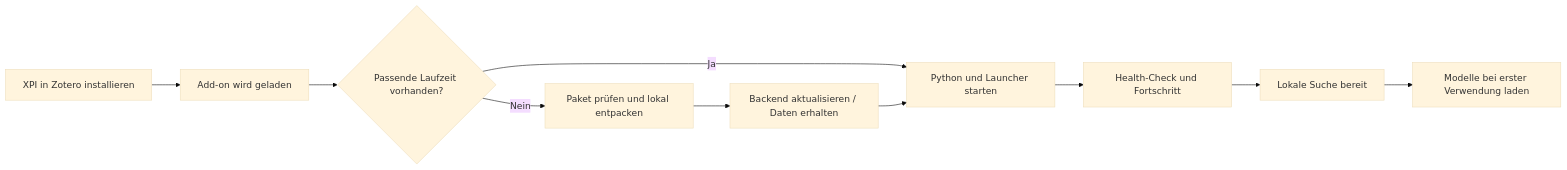
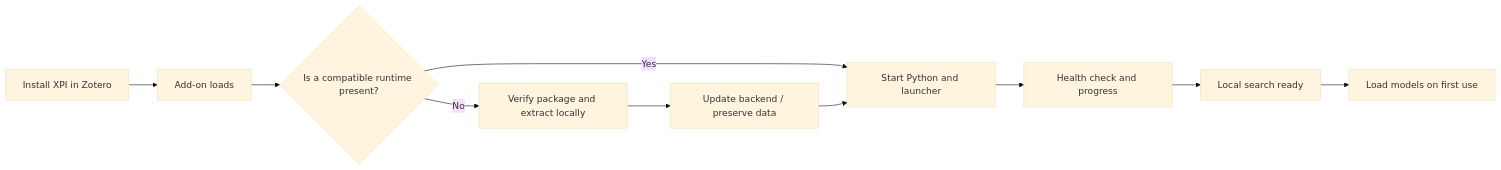
One commit to Cuzimnero/zitatlotse changed the first of 5 diagrams in docs/WORKFLOWS.md. Above: the diagram before and after it, drawn with Mermaid (base theme). The commit also changed other lines of this file and 17 other files, not shown here.

````diff
--- a/docs/WORKFLOWS.md
+++ b/docs/WORKFLOWS.md
@@ -7,12 +7,12 @@
 ```mermaid
 flowchart LR
-    A[XPI in Zotero installieren] --> B[Add-on wird geladen]
-    B --> C{Passende Laufzeit vorhanden?}
-    C -->|Nein| D[Paket prüfen und lokal entpacken]
-    D --> E[Backend aktualisieren / Daten erhalten]
-    C -->|Ja| F[Python und Launcher starten]
+    A[Install XPI in Zotero] --> B[Add-on loads]
+    B --> C{Is a compatible runtime present?}
+    C -->|No| D[Verify package and extract locally]
+    D --> E[Update backend / preserve data]
+    C -->|Yes| F[Start Python and launcher]
     E --> F
-    F --> G[Health-Check und Fortschritt]
-    G --> H[Lokale Suche bereit]
-    H --> I[Modelle bei erster Verwendung laden]
+    F --> G[Health check and progress]
+    G --> H[Local search ready]
+    H --> I[Load models on first use]
 ```
````
